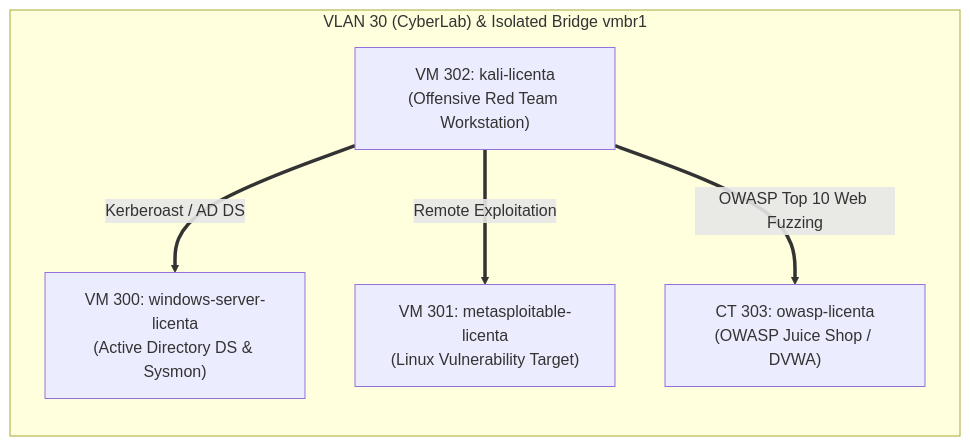
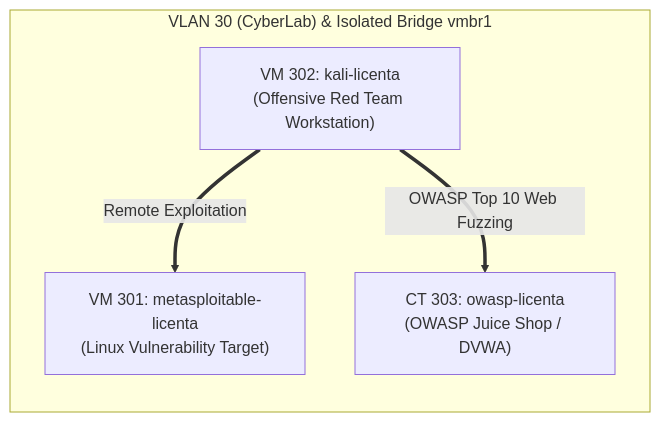
The seventh of 15 diagrams in README.md (stefanutc1/datacenter), drawn with Mermaid before and after one commit. The commit also changed other lines of this file and 27 other files, not shown here.

````diff
--- a/README.md
+++ b/README.md
@@ -313,13 +313,11 @@
 ```mermaid
 flowchart LR
     subgraph THESIS["VLAN 30 (CyberLab) & Isolated Bridge vmbr1"]
         KALI["VM 302: kali-licenta<br/>(Offensive Red Team Workstation)"]
-        WIN["VM 300: windows-server-licenta<br/>(Active Directory DS & Sysmon)"]
         META["VM 301: metasploitable-licenta<br/>(Linux Vulnerability Target)"]
         OWASP["CT 303: owasp-licenta<br/>(OWASP Juice Shop / DVWA)"]
     end
 
-    KALI ==>|"Kerberoast / AD DS"| WIN
     KALI ==>|"Remote Exploitation"| META
     KALI ==>|"OWASP Top 10 Web Fuzzing"| OWASP
 ```
````
